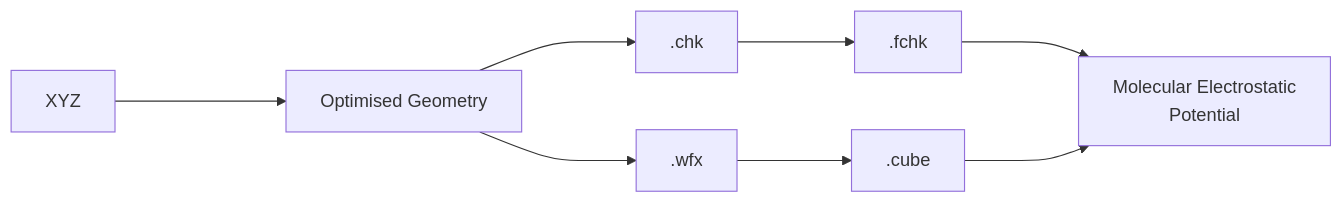
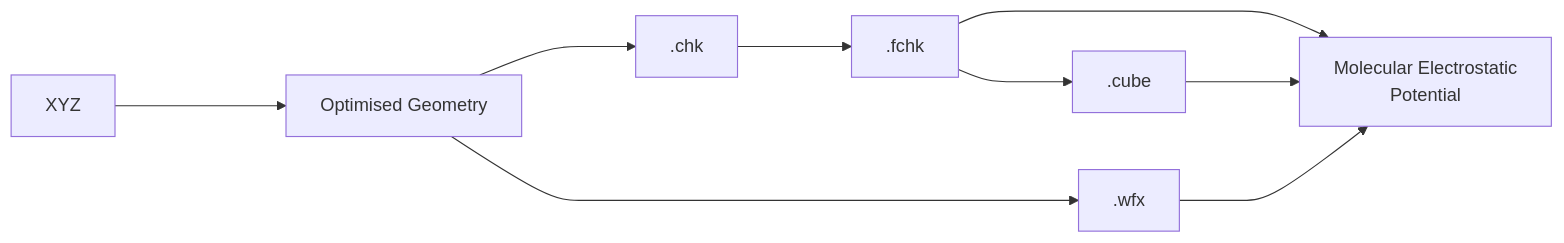
The fifth of 5 diagrams in resources/workflows/README.md (Trujillo-Group/trujillo_group_resources), drawn with Mermaid before and after one commit.

Commit message:
Updated Workflow D in gaussian workflows

````diff
--- a/resources/workflows/README.md
+++ b/resources/workflows/README.md
@@ -119,11 +119,12 @@
 ```mermaid
 flowchart LR
     A[XYZ] ----> B[Optimised Geometry]
     B ---> C[.chk]
     B ---> D[.wfx]
     C ---> E[.fchk]
-    D ---> F[.cube]
+    E ---> F[.cube]
     E ---> G[Molecular Electrostatic
     Potential]
     F ---> G
+    D ---> G
 ```
````
